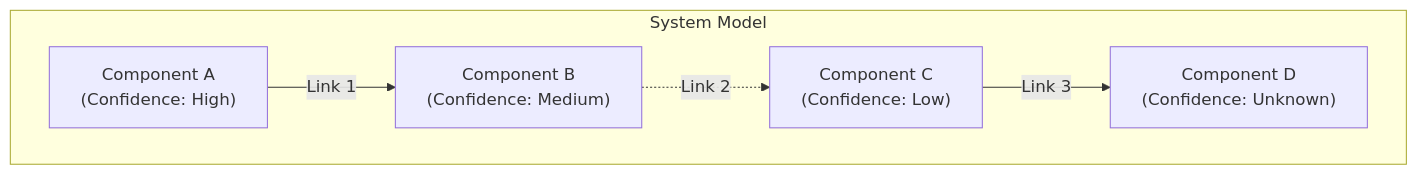
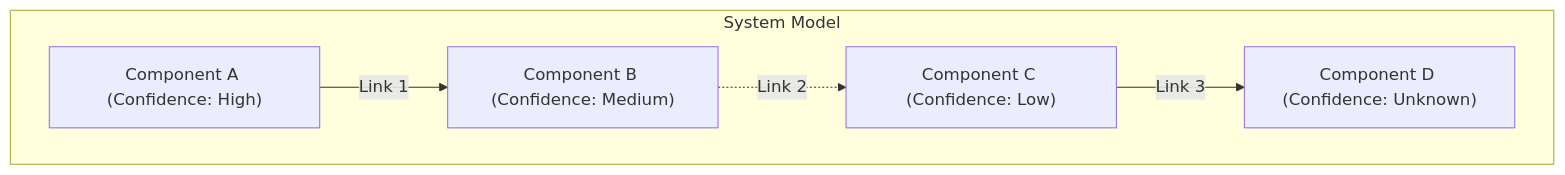
Diagram 13 of 13 in system_reverse_engineering.md (NikolasMarkou/prompt_collections), drawn with Mermaid before and after one commit. The commit also changed other lines of this file, not shown here.

````diff
--- a/system_reverse_engineering.md
+++ b/system_reverse_engineering.md
@@ -324,12 +329,12 @@
         ```mermaid
         graph TD
             subgraph "System Model"
-                A["Component A<br/>(Confidence: High)"]
-                B["Component B<br/>(Confidence: Medium)"]
-                C["Component C<br/>(Confidence: Low)"]
-                D["Component D<br/>(Confidence: Unknown)"]
+                A["Component A (Confidence: High)"]
+                B["Component B (Confidence: Medium)"]
+                C["Component C (Confidence: Low)"]
+                D["Component D (Confidence: Unknown)"]
                 A -- "Link 1" --> B
                 B -. "Link 2" .-> C
                 C -- "Link 3" --> D
             end
         ```
````
